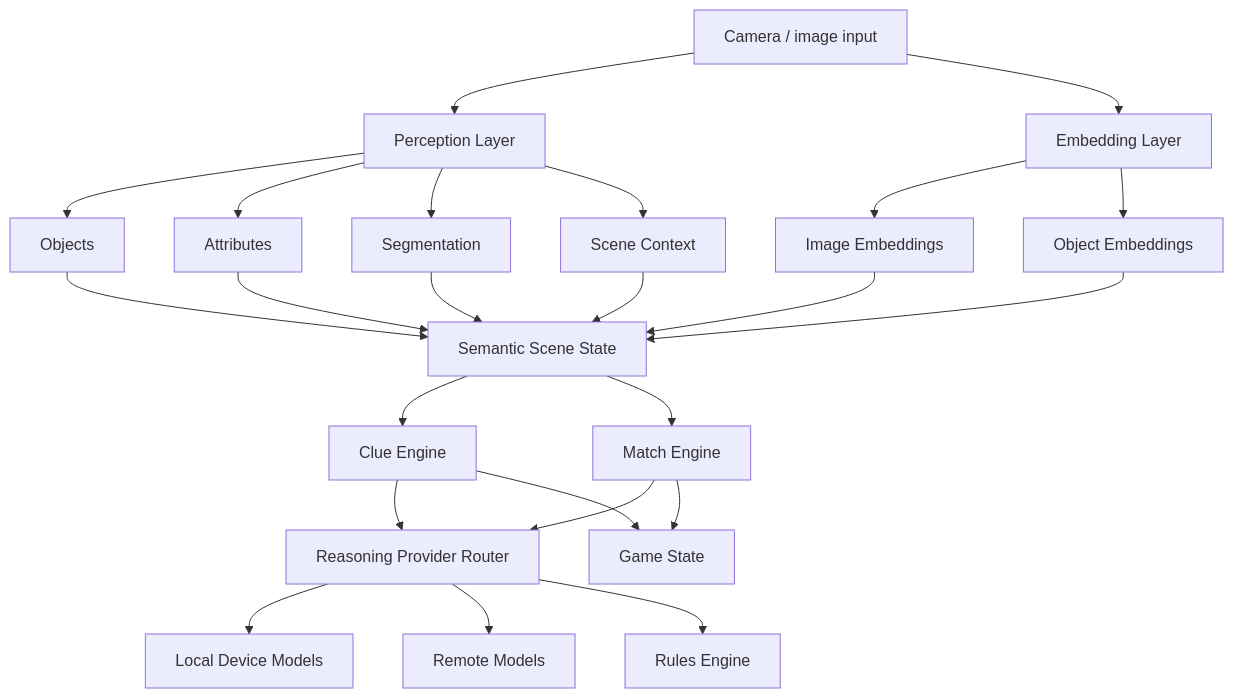
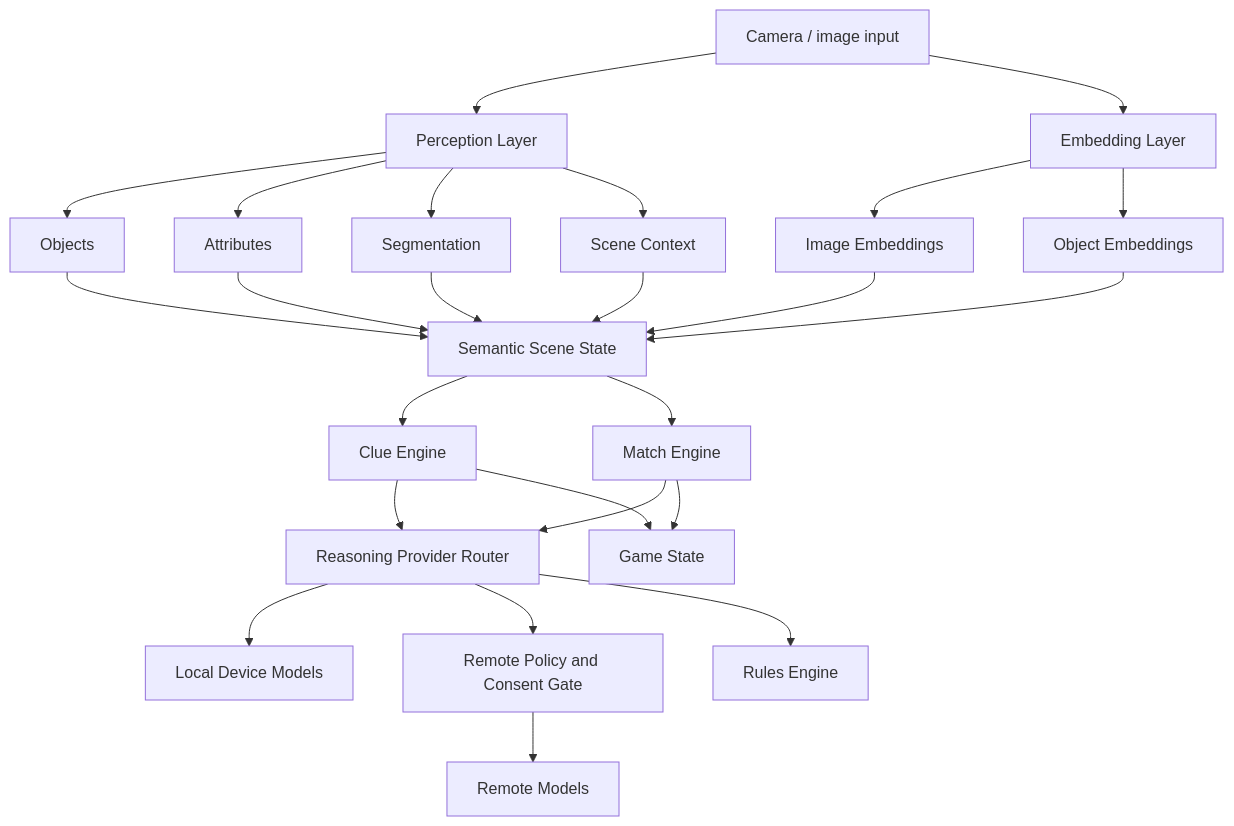
One commit to ryjen/eyespie changed the first of 2 diagrams in docs/architecture/semantic-game-engine.md. Above: the diagram before and after it, drawn with Mermaid. The commit also changed other lines of this file, not shown here.

````diff
--- a/docs/architecture/semantic-game-engine.md
+++ b/docs/architecture/semantic-game-engine.md
@@ -26,35 +26,36 @@
 ```mermaid
 flowchart TD
     Camera[Camera / image input]
 
     Camera --> Perception[Perception Layer]
     Camera --> Embeddings[Embedding Layer]
 
     Perception --> Objects[Objects]
     Perception --> Attributes[Attributes]
     Perception --> Segments[Segmentation]
     Perception --> Scene[Scene Context]
 
     Embeddings --> ImageVectors[Image Embeddings]
     Embeddings --> ObjectVectors[Object Embeddings]
 
     Objects --> SemanticState[Semantic Scene State]
     Attributes --> SemanticState
     Segments --> SemanticState
     Scene --> SemanticState
     ImageVectors --> SemanticState
     ObjectVectors --> SemanticState
 
     SemanticState --> ClueEngine[Clue Engine]
     SemanticState --> MatchEngine[Match Engine]
 
     ClueEngine --> ProviderRouter[Reasoning Provider Router]
     MatchEngine --> ProviderRouter
 
     ProviderRouter --> LocalModels[Local Device Models]
-    ProviderRouter --> RemoteModels[Remote Models]
+    ProviderRouter --> RemoteGate[Remote Policy and Consent Gate]
     ProviderRouter --> Rules[Rules Engine]
+    RemoteGate --> RemoteModels[Remote Models]
 
     MatchEngine --> GameState[Game State]
     ClueEngine --> GameState
 ```
````
